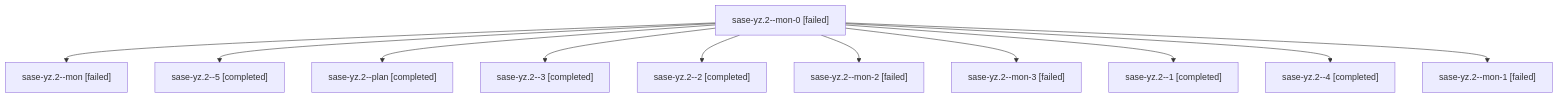
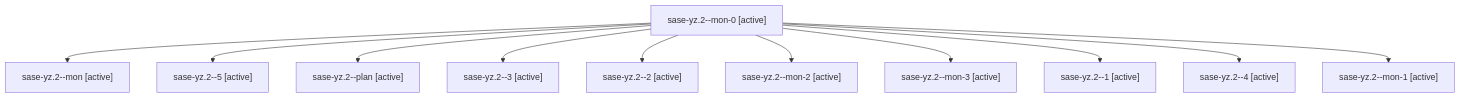
The diagram in families/bbugyi200.athena.sase-yz.2.md (sase-org/sase--agents), drawn with Mermaid before and after one commit. The commit also changed other lines of this file and 35830 other files, not shown here.

````diff
--- a/families/bbugyi200.athena.sase-yz.2.md
+++ b/families/bbugyi200.athena.sase-yz.2.md
@@ -9,24 +9,24 @@
 ```mermaid
 flowchart TD
-  n0["sase-yz.2--mon-0 [failed]"]
-  n1["sase-yz.2--mon [failed]"]
+  n0["sase-yz.2--mon-0 [active]"]
+  n1["sase-yz.2--mon [active]"]
   n0 --> n1
-  n2["sase-yz.2--5 [completed]"]
+  n2["sase-yz.2--5 [active]"]
   n0 --> n2
-  n3["sase-yz.2--plan [completed]"]
+  n3["sase-yz.2--plan [active]"]
   n0 --> n3
-  n4["sase-yz.2--3 [completed]"]
+  n4["sase-yz.2--3 [active]"]
   n0 --> n4
-  n5["sase-yz.2--2 [completed]"]
+  n5["sase-yz.2--2 [active]"]
   n0 --> n5
-  n6["sase-yz.2--mon-2 [failed]"]
+  n6["sase-yz.2--mon-2 [active]"]
   n0 --> n6
-  n7["sase-yz.2--mon-3 [failed]"]
+  n7["sase-yz.2--mon-3 [active]"]
   n0 --> n7
-  n8["sase-yz.2--1 [completed]"]
+  n8["sase-yz.2--1 [active]"]
   n0 --> n8
-  n9["sase-yz.2--4 [completed]"]
+  n9["sase-yz.2--4 [active]"]
   n0 --> n9
-  n10["sase-yz.2--mon-1 [failed]"]
+  n10["sase-yz.2--mon-1 [active]"]
   n0 --> n10
 ```
````
